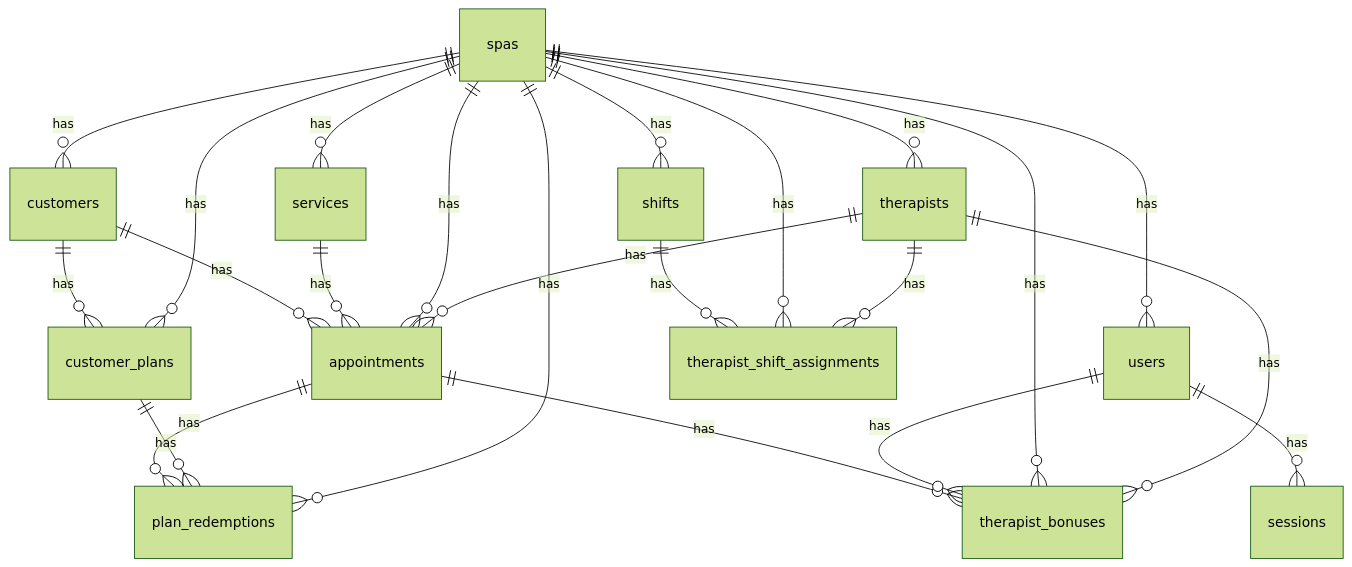
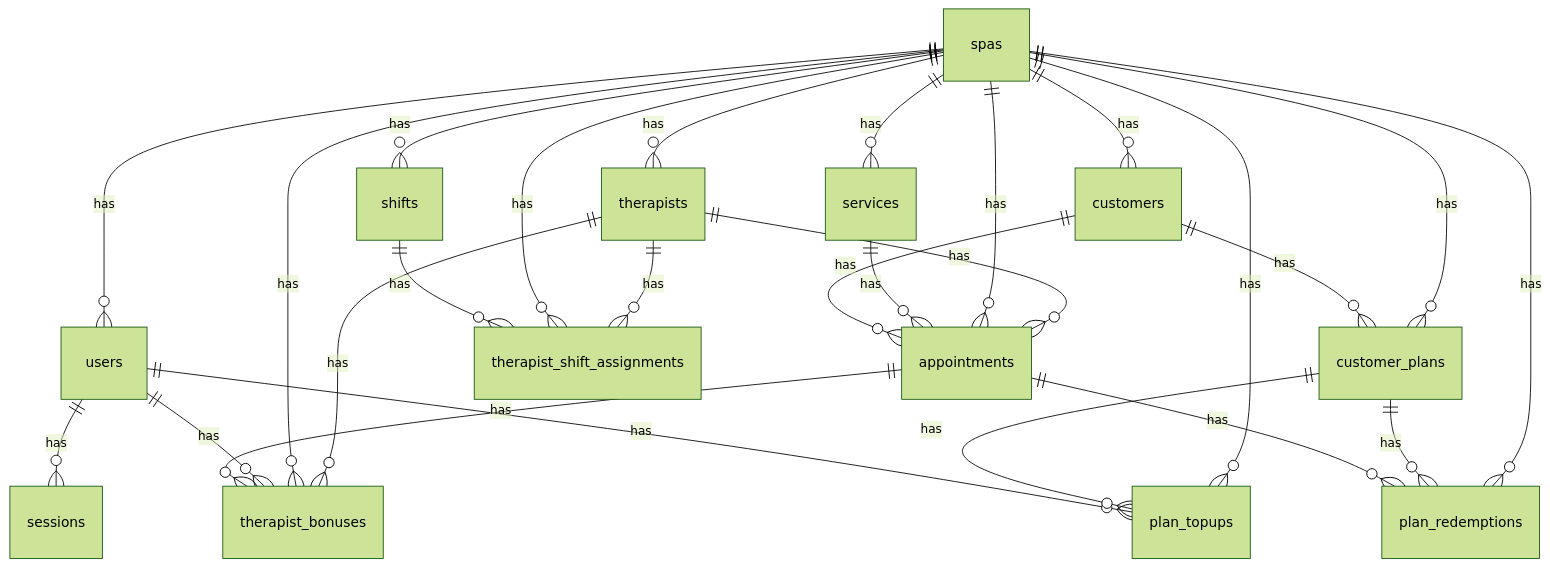
One commit to ashfaq11/management-backend changed the diagram in docs/schema.md. Above: the diagram before and after it, drawn with Mermaid (forest theme). The commit also changed other lines of this file and 4 other files, not shown here.

First line of the commit message:
Prepaid plans: edit name/expiry/notes and top up balance; top-ups in plan report

````diff
--- a/docs/schema.md
+++ b/docs/schema.md
@@ -8,25 +8,28 @@
 ```mermaid
 erDiagram
   customers ||--o{ appointments : has
   services ||--o{ appointments : has
   spas ||--o{ appointments : has
   therapists ||--o{ appointments : has
   customers ||--o{ customer_plans : has
   spas ||--o{ customer_plans : has
   spas ||--o{ customers : has
   appointments ||--o{ plan_redemptions : has
   customer_plans ||--o{ plan_redemptions : has
   spas ||--o{ plan_redemptions : has
+  users ||--o{ plan_topups : has
+  customer_plans ||--o{ plan_topups : has
+  spas ||--o{ plan_topups : has
   spas ||--o{ services : has
   users ||--o{ sessions : has
   spas ||--o{ shifts : has
   appointments ||--o{ therapist_bonuses : has
   users ||--o{ therapist_bonuses : has
   spas ||--o{ therapist_bonuses : has
   therapists ||--o{ therapist_bonuses : has
   shifts ||--o{ therapist_shift_assignments : has
   spas ||--o{ therapist_shift_assignments : has
   therapists ||--o{ therapist_shift_assignments : has
   spas ||--o{ therapists : has
   spas ||--o{ users : has
 ```
````
